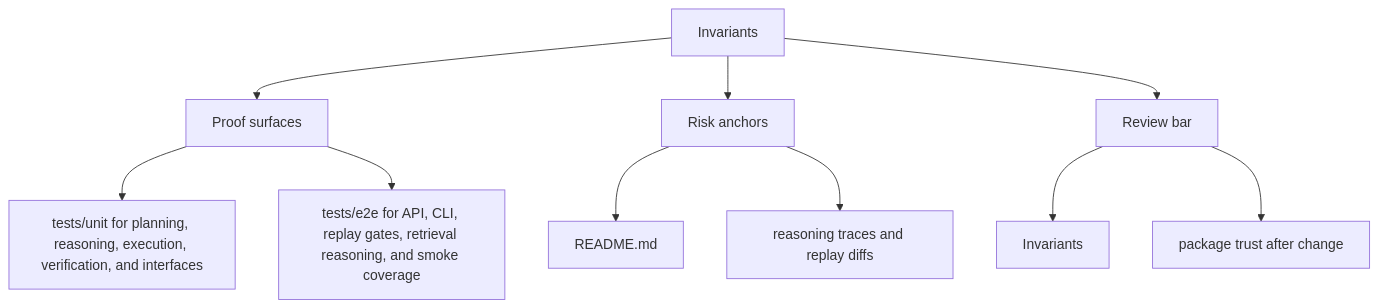
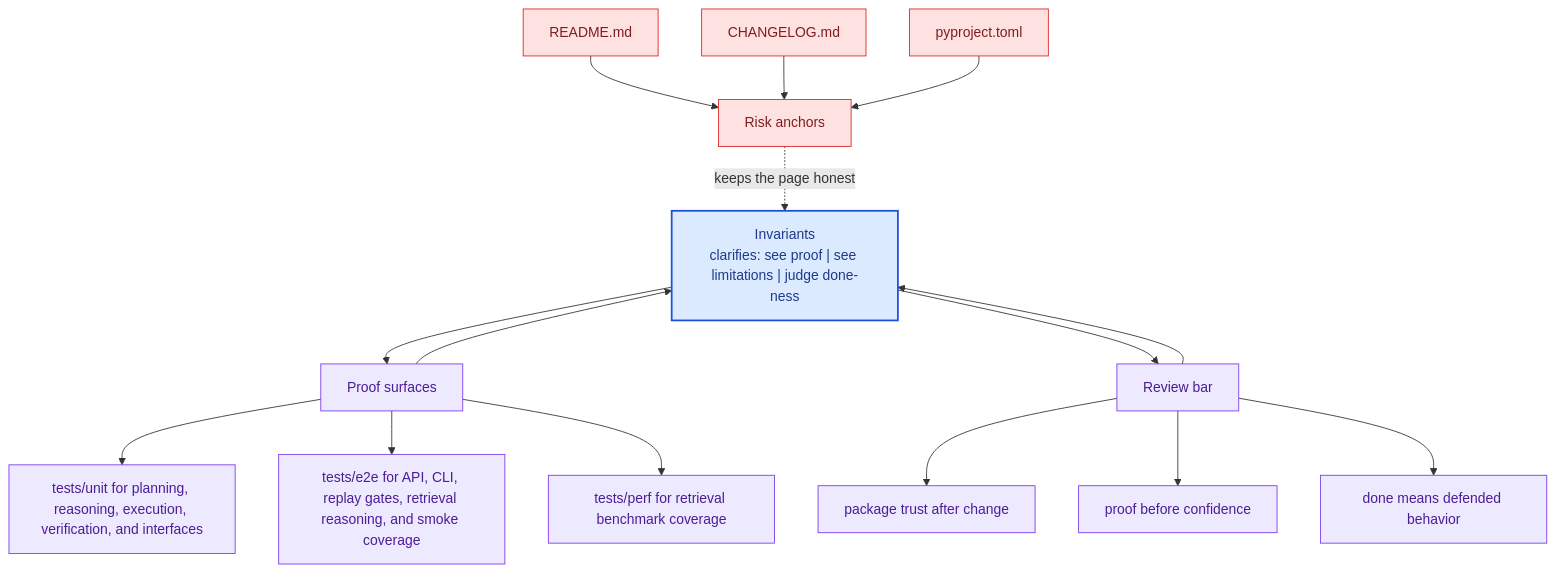
The second of 2 diagrams in docs/bijux-canon-reason/quality/invariants.md (bijux/bijux-canon), drawn with Mermaid before and after one commit. The commit also changed other lines of this file and 281 other files, not shown here.

Commit message:
docs(diagrams): deepen handbook mermaid maps across the catalog

````diff
--- a/docs/bijux-canon-reason/quality/invariants.md
+++ b/docs/bijux-canon-reason/quality/invariants.md
@@ -34,22 +67,41 @@
 ```mermaid
-flowchart TD
-    page["Invariants"]
+flowchart TB
+    promise["Invariants<br/>clarifies: see proof | see limitations | judge done-ness"]
+    classDef promise fill:#dbeafe,stroke:#1d4ed8,color:#1e3a8a,stroke-width:2px;
+    classDef driver fill:#dcfce7,stroke:#16a34a,color:#14532d;
+    classDef constraint fill:#fee2e2,stroke:#dc2626,color:#7f1d1d;
+    classDef ground fill:#ede9fe,stroke:#7c3aed,color:#4c1d95;
     focus1["Proof surfaces"]
-    page --> focus1
+    focus1 --> promise
+    promise --> focus1
     focus1_1["tests/unit for planning, reasoning, execution, verification, and interfaces"]
     focus1 --> focus1_1
     focus1_2["tests/e2e for API, CLI, replay gates, retrieval reasoning, and smoke coverage"]
     focus1 --> focus1_2
+    focus1_3["tests/perf for retrieval benchmark coverage"]
+    focus1 --> focus1_3
+    class focus1 ground;
+    class focus1_1,focus1_2,focus1_3 ground;
     focus2["Risk anchors"]
-    page --> focus2
+    focus2 -.keeps the page honest.-> promise
     focus2_1["README.md"]
-    focus2 --> focus2_1
-    focus2_2["reasoning traces and replay diffs"]
-    focus2 --> focus2_2
+    focus2_1 --> focus2
+    focus2_2["CHANGELOG.md"]
+    focus2_2 --> focus2
+    focus2_3["pyproject.toml"]
+    focus2_3 --> focus2
+    class focus2 constraint;
+    class focus2_1,focus2_2,focus2_3 constraint;
     focus3["Review bar"]
-    page --> focus3
-    focus3_1["Invariants"]
+    focus3 --> promise
+    promise --> focus3
+    focus3_1["package trust after change"]
     focus3 --> focus3_1
-    focus3_2["package trust after change"]
+    focus3_2["proof before confidence"]
     focus3 --> focus3_2
+    focus3_3["done means defended behavior"]
+    focus3 --> focus3_3
+    class focus3 ground;
+    class focus3_1,focus3_2,focus3_3 ground;
+    class promise promise;
 ```
````
